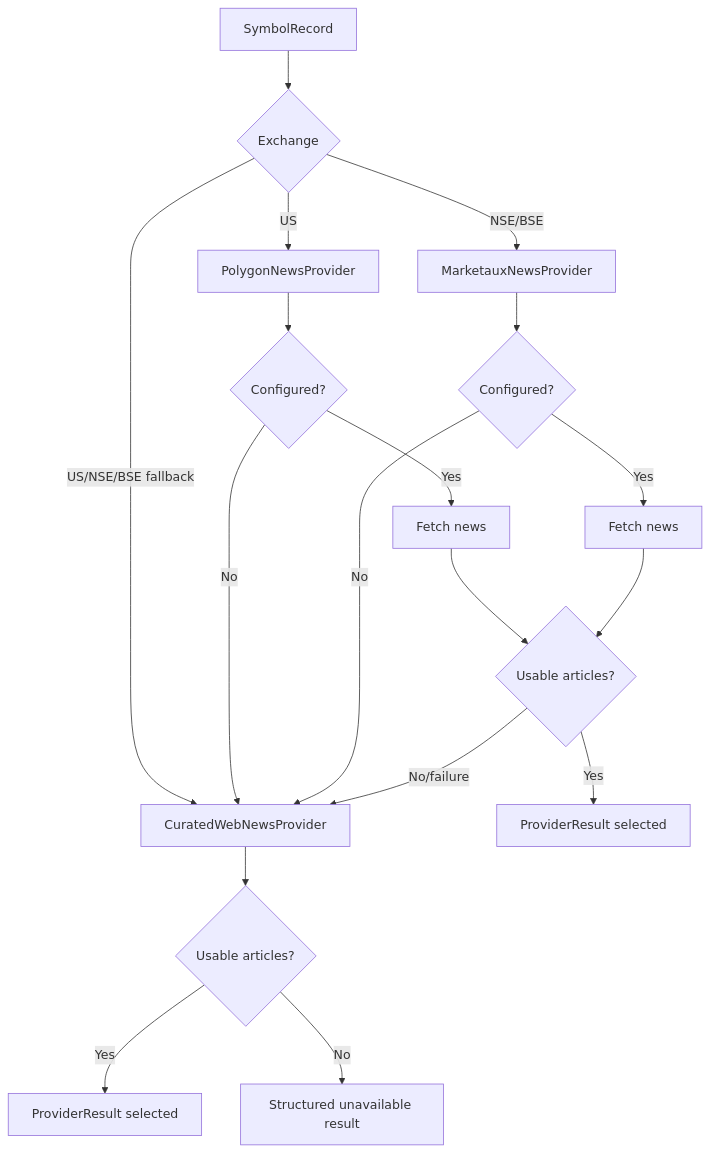
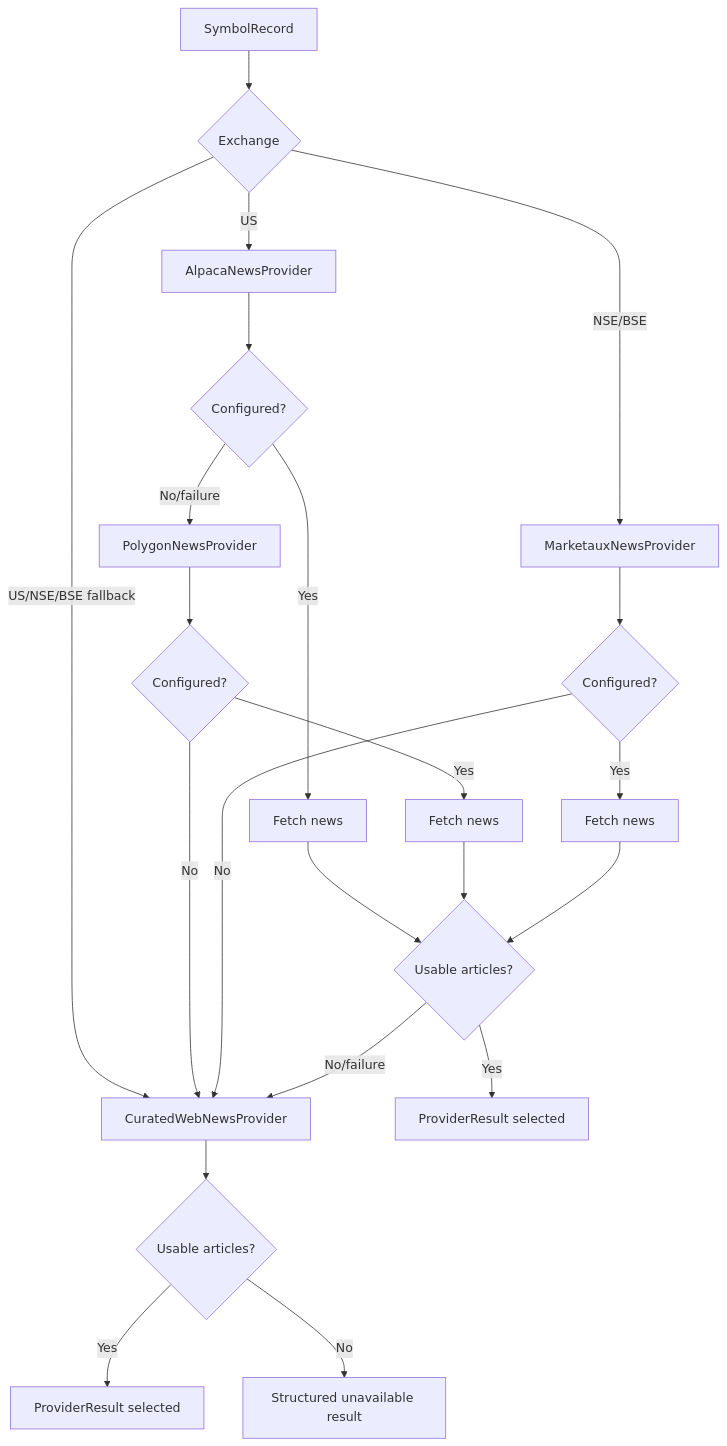
The second of 2 diagrams in docs/PROVIDER_ARCHITECTURE.md (Orphyxz/FinSent), drawn with Mermaid before and after one commit. The commit also changed other lines of this file and 24 other files, not shown here.

````diff
--- a/docs/PROVIDER_ARCHITECTURE.md
+++ b/docs/PROVIDER_ARCHITECTURE.md
@@ -78,20 +83,24 @@
 ```mermaid
 flowchart TD
     Symbol[SymbolRecord] --> Exchange{Exchange}
-    Exchange -->|US| PolygonNews[PolygonNewsProvider]
+    Exchange -->|US| AlpacaNews[AlpacaNewsProvider]
+    AlpacaNews --> ANewsConfigured{Configured?}
+    ANewsConfigured -->|Yes| ANewsFetch[Fetch news]
+    ANewsConfigured -->|No/failure| PolygonNews[PolygonNewsProvider]
     Exchange -->|NSE/BSE| Marketaux[MarketauxNewsProvider]
     Exchange -->|US/NSE/BSE fallback| FallbackWeb[CuratedWebNewsProvider]
     PolygonNews --> PConfigured{Configured?}
     Marketaux --> MConfigured{Configured?}
     PConfigured -->|No| FallbackWeb
     MConfigured -->|No| FallbackWeb
     PConfigured -->|Yes| PFetch[Fetch news]
     MConfigured -->|Yes| MFetch[Fetch news]
+    ANewsFetch --> Articles{Usable articles?}
     PFetch --> Articles{Usable articles?}
     MFetch --> Articles
     Articles -->|Yes| Result[ProviderResult selected]
     Articles -->|No/failure| FallbackWeb
     FallbackWeb --> FArticles{Usable articles?}
     FArticles -->|Yes| FResult[ProviderResult selected]
     FArticles -->|No| Unavailable[Structured unavailable result]
 ```
````
